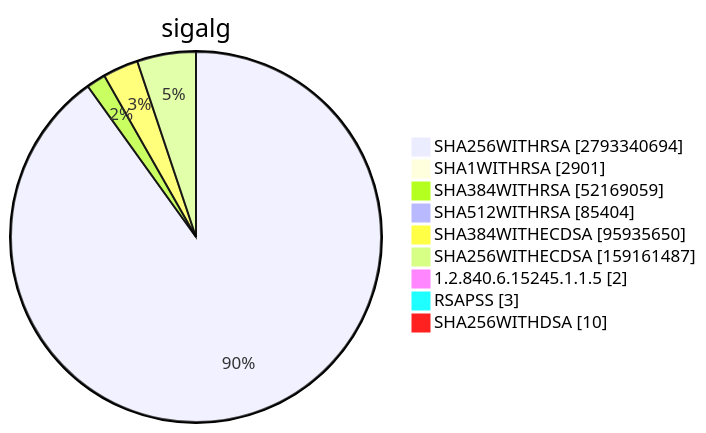
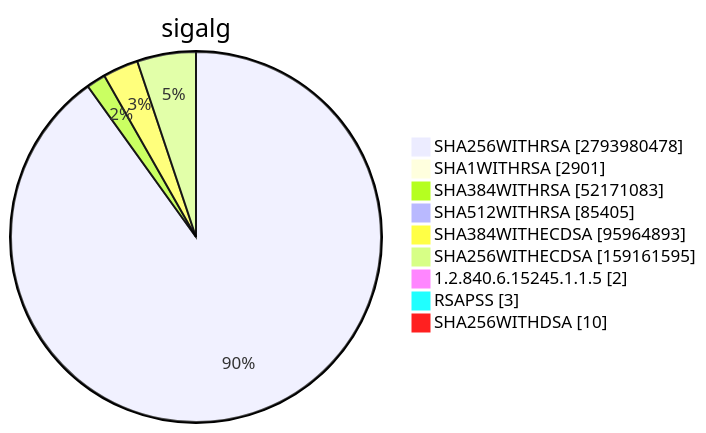
Diagram 15 of 15 in TOTAL/README.md (christiankrug/ctmonitor_visualization), drawn with Mermaid before and after one commit. The commit also changed other lines of this file, not shown here.

````diff
--- a/TOTAL/README.md
+++ b/TOTAL/README.md
@@ -6205,13 +6205,13 @@
 ```mermaid
 pie showData
 title sigalg
-"SHA256WITHRSA" :2793340694
+"SHA256WITHRSA" :2793980478
 "SHA1WITHRSA" :2901
-"SHA384WITHRSA" :52169059
-"SHA512WITHRSA" :85404
-"SHA384WITHECDSA" :95935650
-"SHA256WITHECDSA" :159161487
+"SHA384WITHRSA" :52171083
+"SHA512WITHRSA" :85405
+"SHA384WITHECDSA" :95964893
+"SHA256WITHECDSA" :159161595
 "1.2.840.6.15245.1.1.5" :2
 "RSAPSS" :3
 "SHA256WITHDSA" :10
 ```
````
